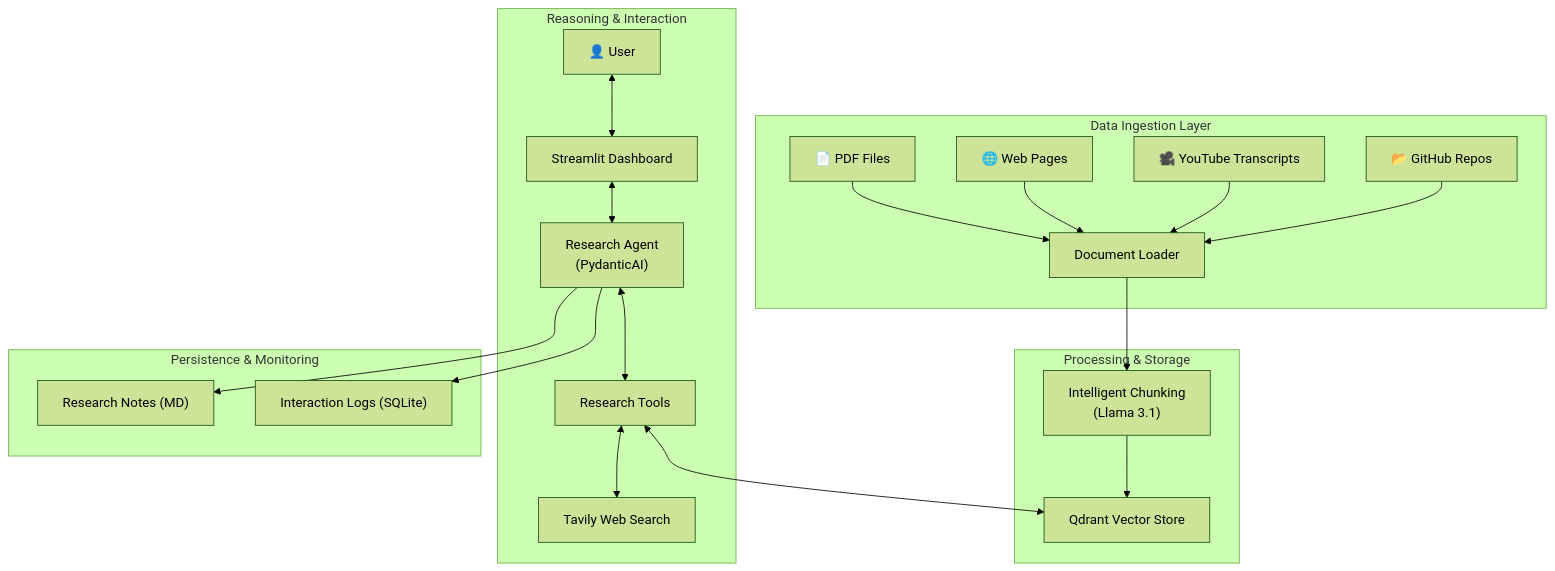
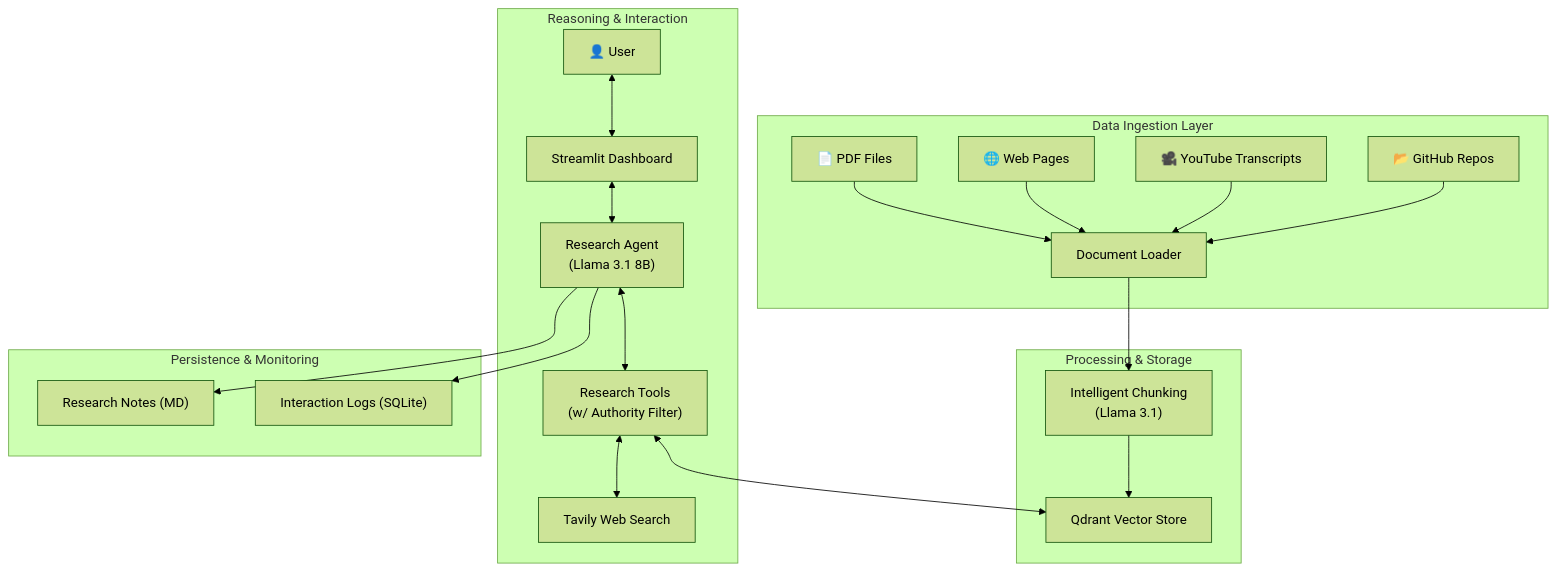
One commit to fsamura01/ai-research-assistant changed the diagram in README.md. Above: the diagram before and after it, drawn with Mermaid (forest theme). The commit also changed other lines of this file and 16 other files, not shown here.

````diff
--- a/README.md
+++ b/README.md
@@ -11,27 +11,27 @@
 ```mermaid
 graph TD
     subgraph "Data Ingestion Layer"
         PDF["📄 PDF Files"] --> DL["Document Loader"]
         Web["🌐 Web Pages"] --> DL
         YT["🎥 YouTube Transcripts"] --> DL
         Repo["📂 GitHub Repos"] --> DL
     end
 
     subgraph "Processing & Storage"
         DL --> IC["Intelligent Chunking<br/>(Llama 3.1)"]
         IC --> VS["Qdrant Vector Store"]
     end
 
     subgraph "Reasoning & Interaction"
         User["👤 User"] <--> UI["Streamlit Dashboard"]
-        UI <--> RA["Research Agent<br/>(PydanticAI)"]
-        RA <--> Tools["Research Tools"]
+        UI <--> RA["Research Agent<br/>(Llama 3.1 8B)"]
+        RA <--> Tools["Research Tools<br/>(w/ Authority Filter)"]
         Tools <--> VS
         Tools <--> Search["Tavily Web Search"]
     end
 
     subgraph "Persistence & Monitoring"
         RA --> Notes["Research Notes (MD)"]
         RA --> Logs["Interaction Logs (SQLite)"]
     end
 ```
````
